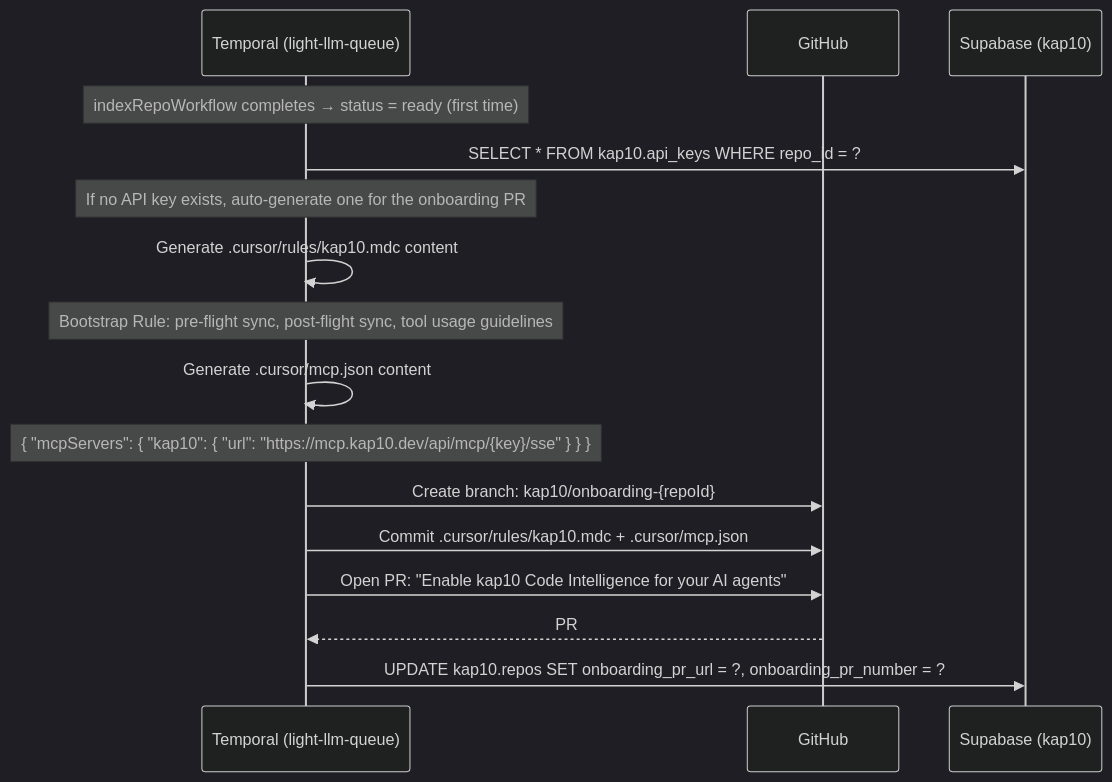
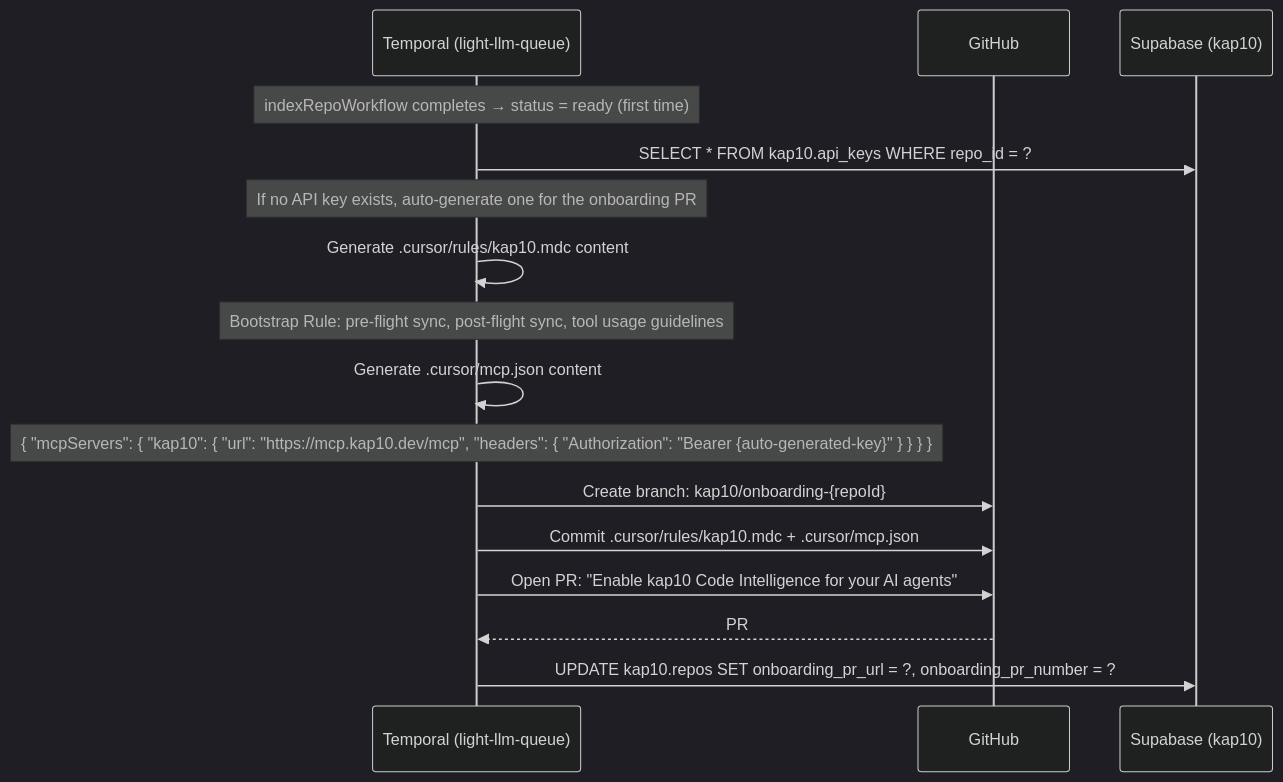
One commit to AutoRail-AI/kap10-server changed the fourth of 5 diagrams in docs/architecture/PHASE_2_HOSTED_MCP_SERVER.md. Above: the diagram before and after it, drawn with Mermaid (dark theme). The commit also changed other lines of this file and 62 other files, not shown here.

````diff
--- a/docs/architecture/PHASE_2_HOSTED_MCP_SERVER.md
+++ b/docs/architecture/PHASE_2_HOSTED_MCP_SERVER.md
@@ -204,24 +344,24 @@
 ```mermaid
 sequenceDiagram
     participant Temporal as Temporal (light-llm-queue)
     participant GitHub
     participant Supabase as Supabase (kap10)
 
     Note over Temporal: indexRepoWorkflow completes → status = ready (first time)
 
     Temporal->>Supabase: SELECT * FROM kap10.api_keys WHERE repo_id = ?
     Note over Temporal: If no API key exists, auto-generate one for the onboarding PR
 
     Temporal->>Temporal: Generate .cursor/rules/kap10.mdc content
     Note over Temporal: Bootstrap Rule: pre-flight sync, post-flight sync, tool usage guidelines
 
     Temporal->>Temporal: Generate .cursor/mcp.json content
-    Note over Temporal: { "mcpServers": { "kap10": { "url": "https://mcp.kap10.dev/api/mcp/{key}/sse" } } }
+    Note over Temporal: { "mcpServers": { "kap10": { "url": "https://mcp.kap10.dev/mcp", "headers": { "Authorization": "Bearer {auto-generated-key}" } } } }
 
     Temporal->>GitHub: Create branch: kap10/onboarding-{repoId}
     Temporal->>GitHub: Commit .cursor/rules/kap10.mdc + .cursor/mcp.json
     Temporal->>GitHub: Open PR: "Enable kap10 Code Intelligence for your AI agents"
     GitHub-->>Temporal: PR #N created
 
     Temporal->>Supabase: UPDATE kap10.repos SET onboarding_pr_url = ?, onboarding_pr_number = ?
 ```
````
